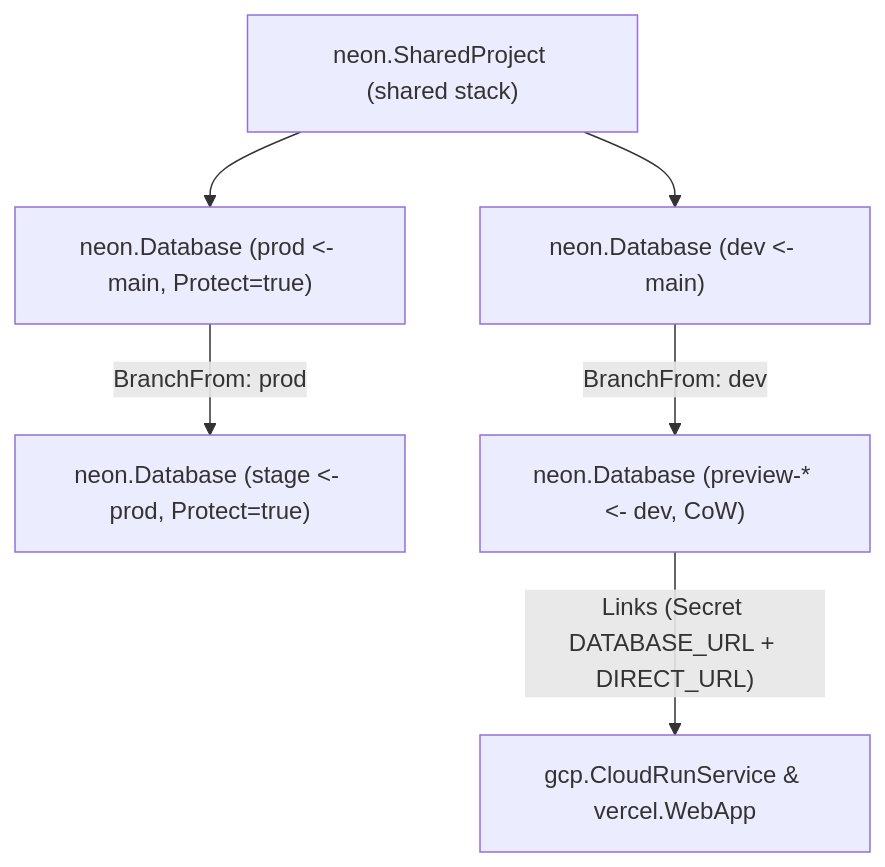
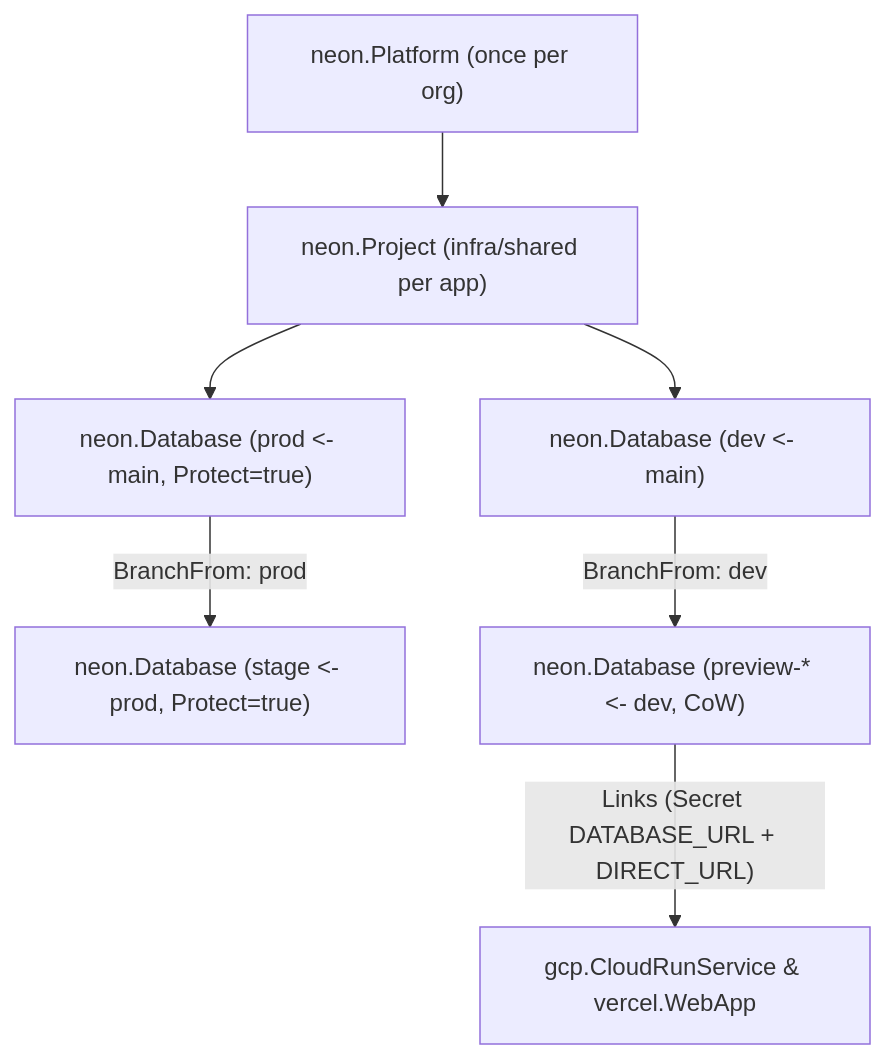
The diagram in docs/architecture/providers/neon.md (cloudvoyant/openbase), drawn with Mermaid before and after one commit. The commit also changed other lines of this file and 61 other files, not shown here.

Commit message:
refactor(components): adopt Platform, Project, and Environment hierarchy

````diff
--- a/docs/architecture/providers/neon.md
+++ b/docs/architecture/providers/neon.md
@@ -26,8 +26,9 @@
 ```mermaid
 flowchart TD
-    Shared["neon.SharedProject (shared stack)"] --> Dev["neon.Database (dev <- main)"]
-    Shared --> Prod["neon.Database (prod <- main, Protect=true)"]
+    Org["neon.Platform (once per org)"] --> Proj["neon.Project (infra/shared per app)"]
+    Proj --> Dev["neon.Database (dev <- main)"]
+    Proj --> Prod["neon.Database (prod <- main, Protect=true)"]
     Prod -->|"BranchFrom: prod"| Stage["neon.Database (stage <- prod, Protect=true)"]
     Dev -->|"BranchFrom: dev"| Preview["neon.Database (preview-* <- dev, CoW)"]
     Preview -->|"Links (Secret DATABASE_URL + DIRECT_URL)"| Apps["gcp.CloudRunService & vercel.WebApp"]
 ```
````
